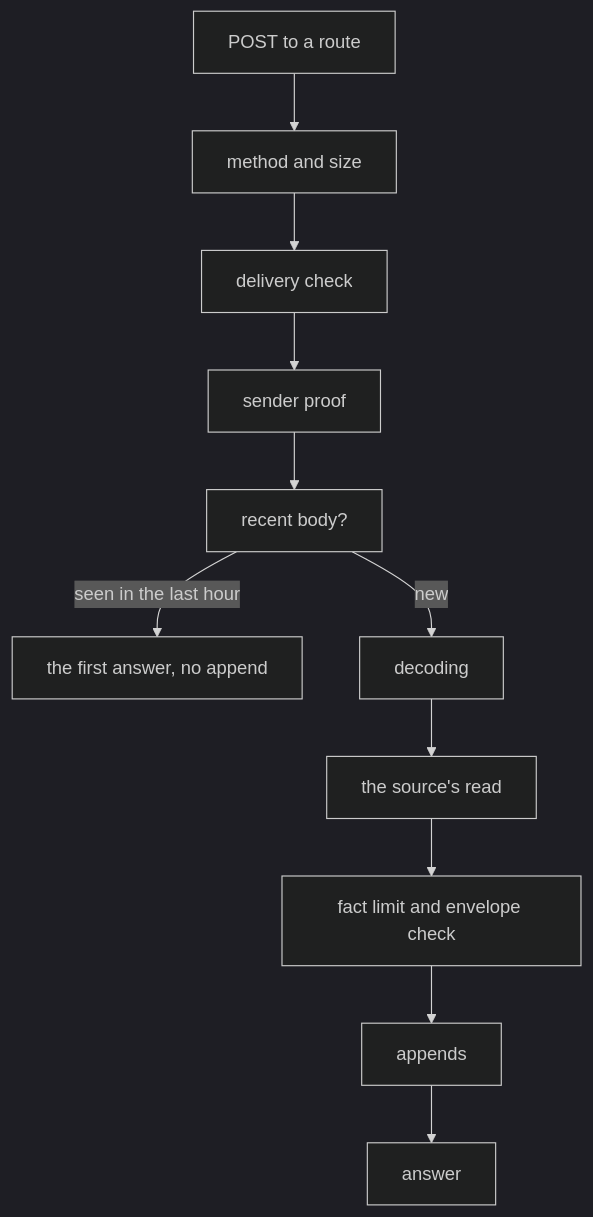
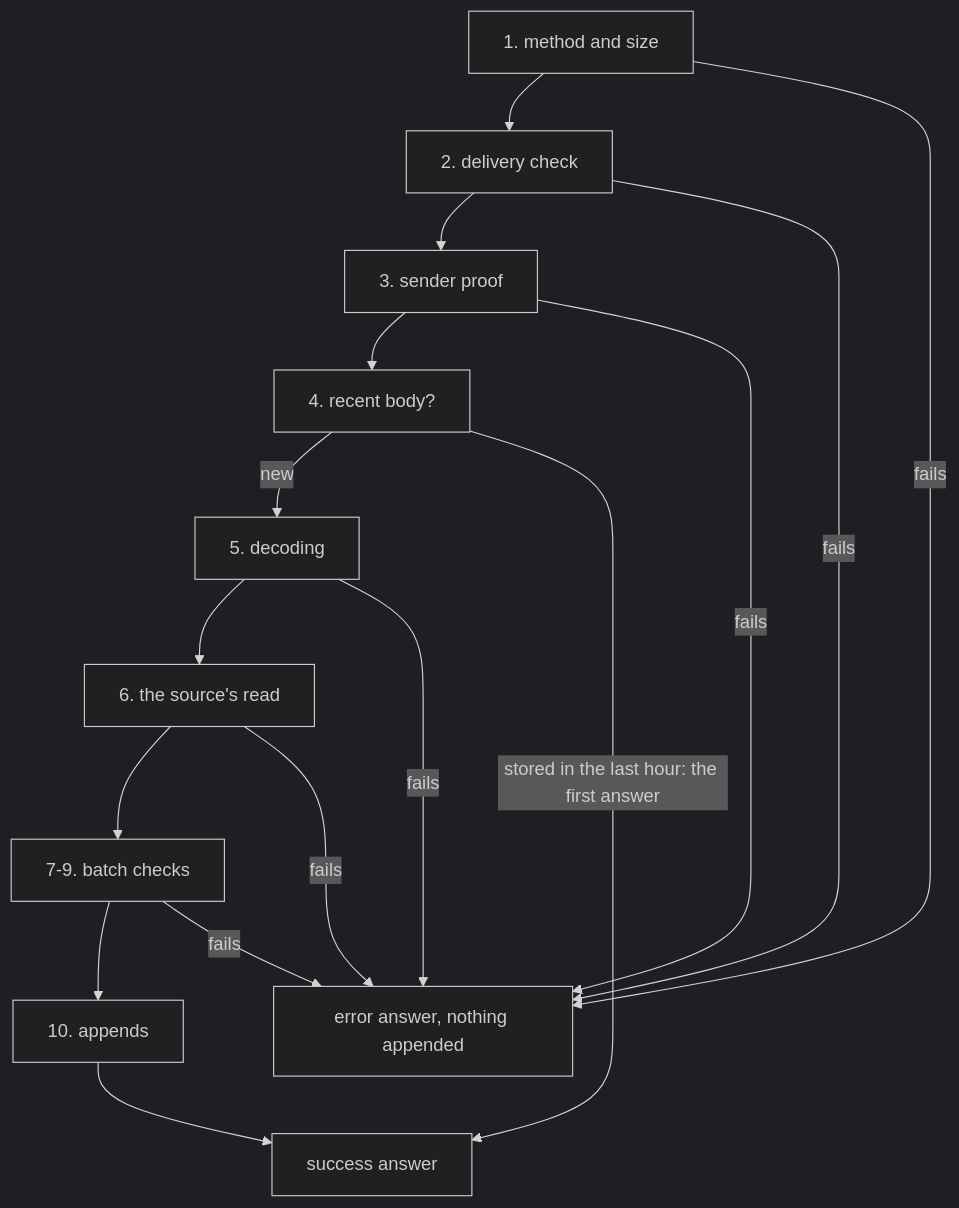
Before and after one commit to zgeoff/pepys: the diagram in docs/architecture/ingest/ingest.md, drawn with Mermaid (dark theme). The commit also changed other lines of this file and 11 other files, not shown here.

Commit message:
docs: add flow diagrams and answer the cold read

````diff
--- a/docs/architecture/ingest/ingest.md
+++ b/docs/architecture/ingest/ingest.md
@@ -16,13 +27,13 @@
 ```mermaid
 flowchart TD
-  request["POST to a route"] --> size["method and size"]
-  size --> check["delivery check"]
-  check --> sender["sender proof"]
-  sender --> recent["recent body?"]
-  recent -- "seen in the last hour" --> same["the first answer, no append"]
-  recent -- new --> decode["decoding"]
-  decode --> read["the source's read"]
-  read --> envelope["fact limit and envelope check"]
-  envelope --> append["appends"]
-  append --> answer
+  s1["1. method and size"] --> s2["2. delivery check"]
+  s2 --> s3["3. sender proof"]
+  s3 --> s4["4. recent body?"]
+  s4 -- new --> s5["5. decoding"]
+  s5 --> s6["6. the source's read"]
+  s6 --> s7["7-9. batch checks"]
+  s7 --> s10["10. appends"]
+  s4 -- "stored in the last hour: the first answer" --> answer
+  s10 --> answer["success answer"]
+  s1 & s2 & s3 & s5 & s6 & s7 -- fails --> error["error answer, nothing appended"]
 ```
````
